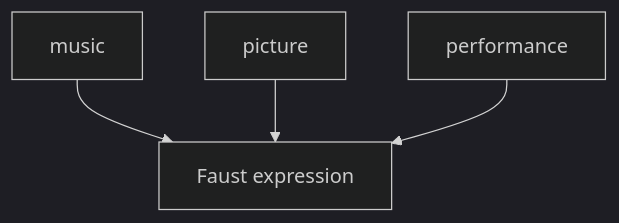
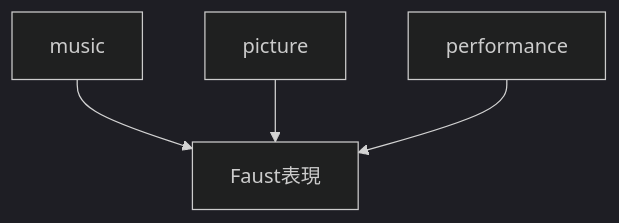
Before and after one commit to monumental-movement/monumental-movement.github.io: the third of 6 diagrams in en/_posts/2026-05-24-column-faust.md, drawn with Mermaid (dark theme). The commit also changed other lines of this file and 445 other files, not shown here.

```diff
--- a/en/_posts/2026-05-24-column-faust.md
+++ b/en/_posts/2026-05-24-column-faust.md
@@ -181,6 +181,6 @@
 <div class="mermaid">
 graph TD
-A[music] --> D[Faust expression]
+A[music] --> D[Faust表現]
 B[picture] --> D
 C[performance] --> D
 </div>
```
